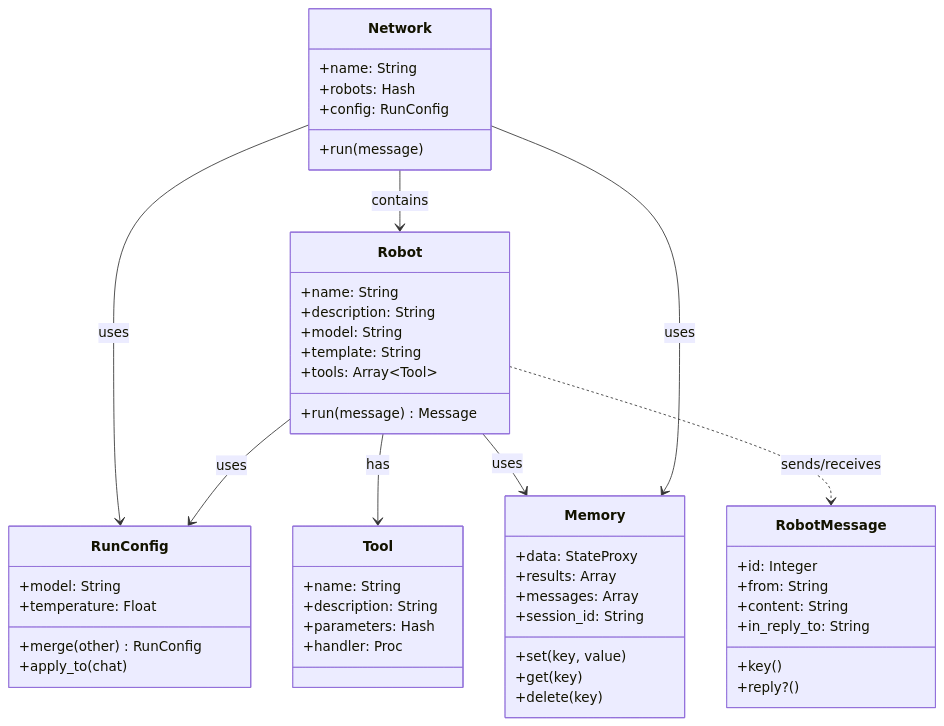
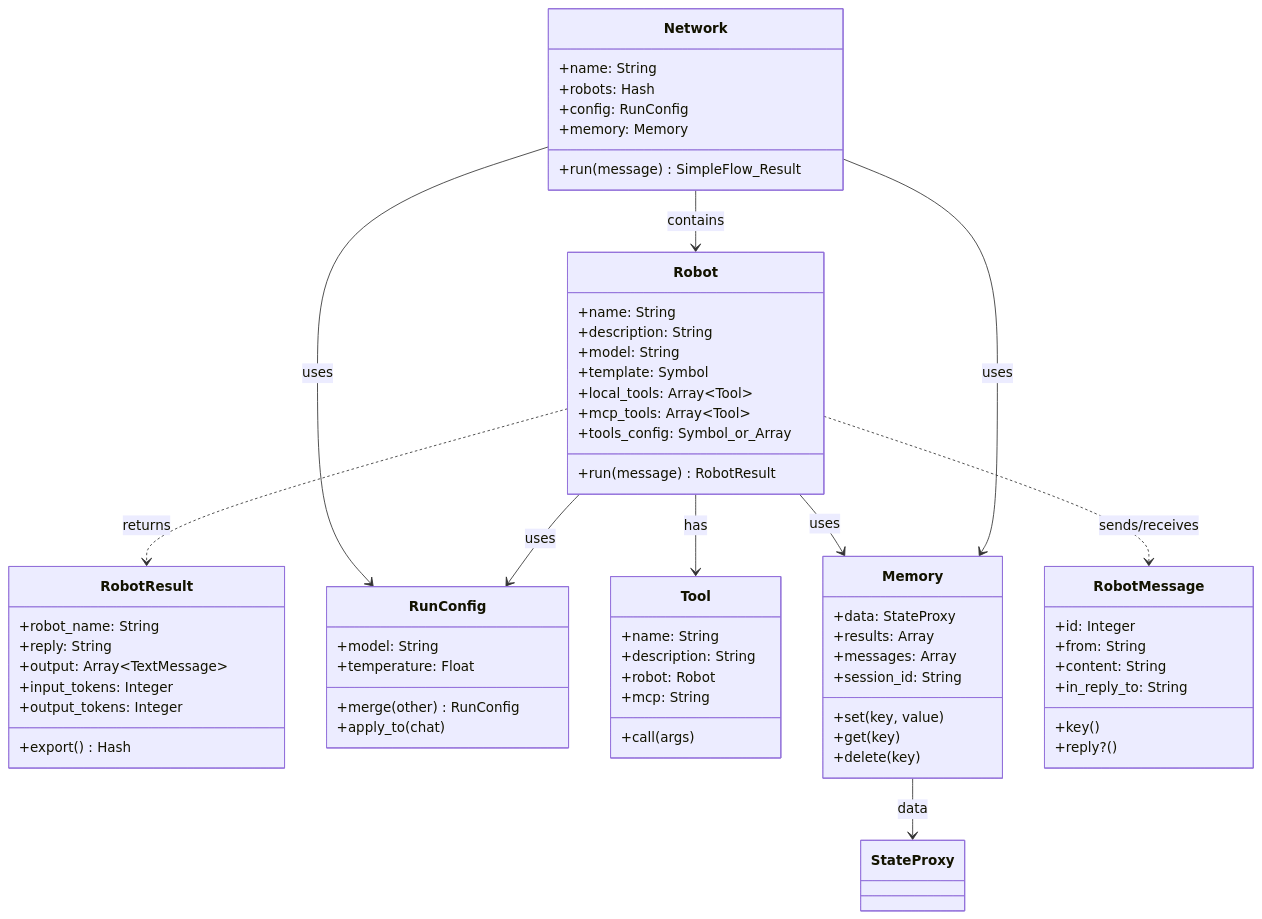
One commit to MadBomber/robot_lab changed the diagram in docs/api/core/index.md. Above: the diagram before and after it, drawn with Mermaid. The commit also changed other lines of this file and 45 other files, not shown here.

````diff
--- a/docs/api/core/index.md
+++ b/docs/api/core/index.md
@@ -7,59 +7,74 @@
 ```mermaid
 classDiagram
     class Robot {
         +name: String
         +description: String
         +model: String
-        +template: String
-        +tools: Array~Tool~
-        +run(message) Message
+        +template: Symbol
+        +local_tools: Array~Tool~
+        +mcp_tools: Array~Tool~
+        +tools_config: Symbol_or_Array
+        +run(message) RobotResult
+    }
+
+    class RobotResult {
+        +robot_name: String
+        +reply: String
+        +output: Array~TextMessage~
+        +input_tokens: Integer
+        +output_tokens: Integer
+        +export() Hash
     }
 
     class Network {
         +name: String
         +robots: Hash
         +config: RunConfig
-        +run(message)
+        +memory: Memory
+        +run(message) SimpleFlow_Result
     }
 
     class RunConfig {
         +model: String
         +temperature: Float
         +merge(other) RunConfig
         +apply_to(chat)
     }
 
     class Tool {
         +name: String
         +description: String
-        +parameters: Hash
-        +handler: Proc
+        +robot: Robot
+        +mcp: String
+        +call(args)
     }
 
     class Memory {
         +set(key, value)
         +get(key)
         +delete(key)
         +data: StateProxy
         +results: Array
         +messages: Array
         +session_id: String
     }
 
     class RobotMessage {
         +id: Integer
         +from: String
         +content: String
         +in_reply_to: String
         +key()
         +reply?()
     }
 
     Network --> Robot : contains
     Network --> RunConfig : uses
     Robot --> RunConfig : uses
     Robot --> Tool : has
     Robot --> Memory : uses
+    Robot ..> RobotResult : returns
     Network --> Memory : uses
     Robot ..> RobotMessage : sends/receives
+    Memory --> StateProxy : data
 ```
````
